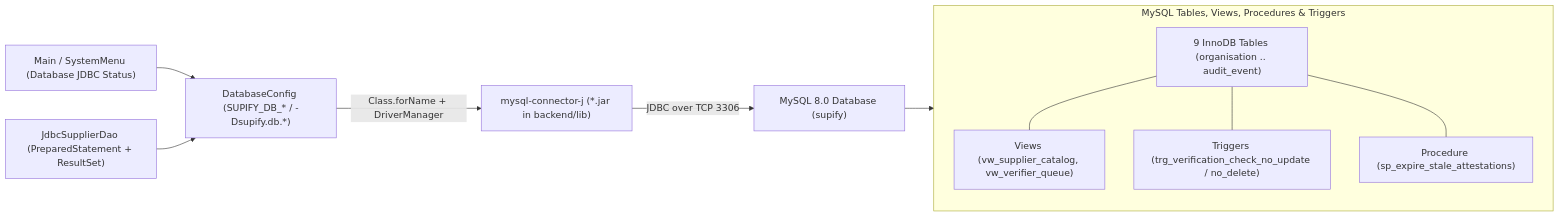
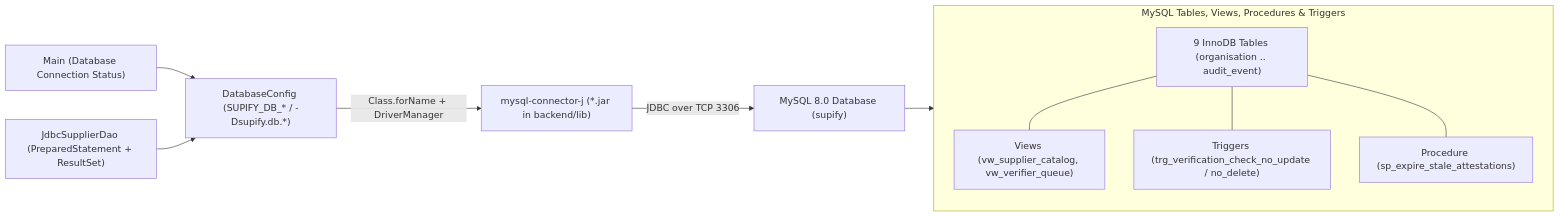
Before and after one commit to ArchitSublok/supify: the second of 2 diagrams in docs/database-architecture.md, drawn with Mermaid. The commit also changed other lines of this file and 77 other files, not shown here.

Commit message:
refactor(backend): simplify pure-Java backend to 20 files, redraw UML diagrams, and refresh tests

````diff
--- a/docs/database-architecture.md
+++ b/docs/database-architecture.md
@@ -146,21 +146,21 @@
 ```mermaid
 flowchart LR
-    CLI["Main / SystemMenu (Database JDBC Status)"] --> CFG["DatabaseConfig (SUPIFY_DB_* / -Dsupify.db.*)"]
+    CLI["Main (Database Connection Status)"] --> CFG["DatabaseConfig (SUPIFY_DB_* / -Dsupify.db.*)"]
     DAO["JdbcSupplierDao (PreparedStatement + ResultSet)"] --> CFG
     CFG -->|"Class.forName + DriverManager"| DRV["mysql-connector-j (*.jar in backend/lib)"]
 
     DRV -->|"JDBC over TCP 3306"| DB["MySQL 8.0 Database (supify)"]
 
     subgraph DBObjects["MySQL Tables, Views, Procedures & Triggers"]
         direction TB
         TBL["9 InnoDB Tables (organisation .. audit_event)"]
         VW["Views (vw_supplier_catalog, vw_verifier_queue)"]
         TRG["Triggers (trg_verification_check_no_update / no_delete)"]
         SP["Procedure (sp_expire_stale_attestations)"]
         TBL --- VW
         TBL --- TRG
         TBL --- SP
     end
 
     DB --> DBObjects
 ```
````
